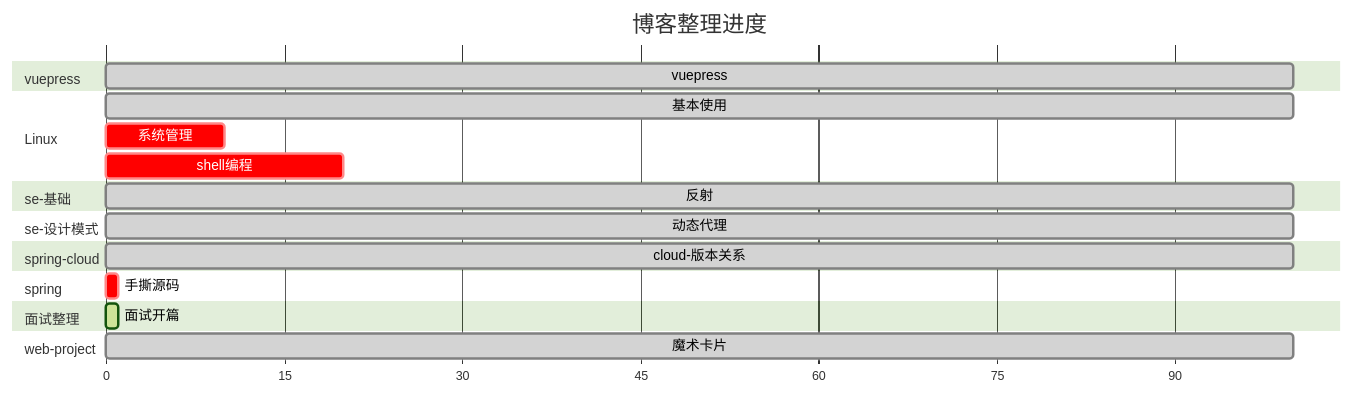
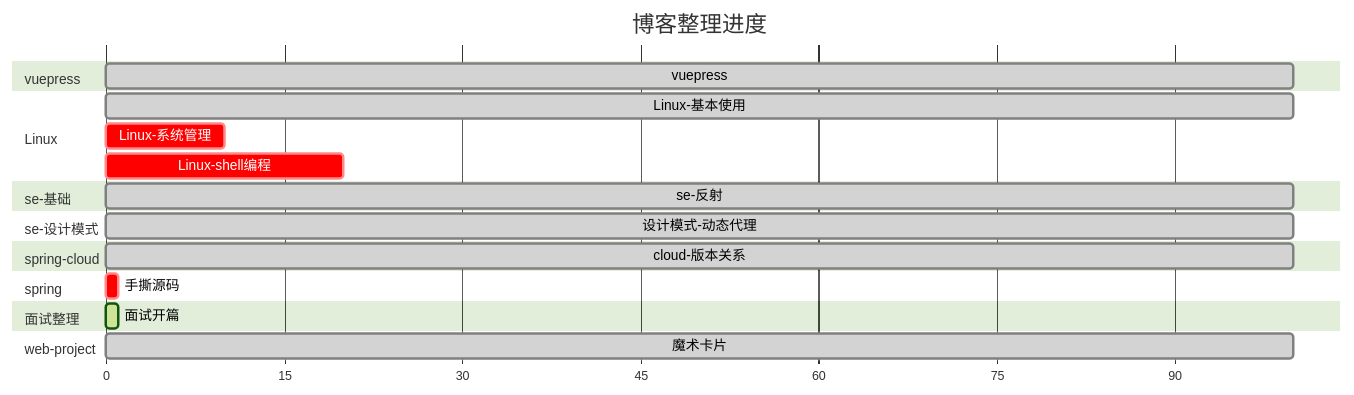
The diagram in docs/README.md (zs-mcu/docs), drawn with Mermaid (forest theme) before and after one commit. The commit also changed other lines of this file, not shown here.

Commit message:
魔术卡片

````diff
--- a/docs/README.md
+++ b/docs/README.md
@@ -31,24 +31,24 @@
 ```mermaid
 gantt
   title 博客整理进度
   dateFormat X
   axisFormat %s
   section vuepress
-  vuepress   : done,0,100
+  vuepress        : done,0,100
   section Linux
-  基本使用   : done,0,100
-  系统管理   : crit,0,10
-  shell编程 : crit,0,20
+  Linux-基本使用    : done,0,100
+  Linux-系统管理    : crit,0,10
+  Linux-shell编程   : crit,0,20
   section se-基础
-  反射   :  done,0, 100
+  se-反射           :  done,0, 100
   section se-设计模式
-  动态代理   : done,0, 100
+  设计模式-动态代理   : done,0, 100
   section spring-cloud
-  cloud-版本关系   : done,0, 100
+  cloud-版本关系    : done,0, 100
   section spring
-  手撕源码   : crit,0, 1
+  手撕源码          : crit,0, 1
   section 面试整理
-  面试开篇 : active,0, 1
+  面试开篇          : active,0, 1
   section web-project
-  魔术卡片 : done,0,100
+  魔术卡片          : done,0,100
 ```
````
